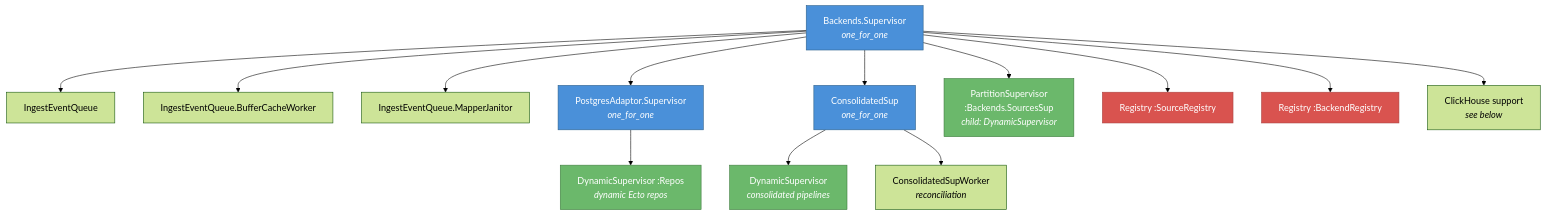
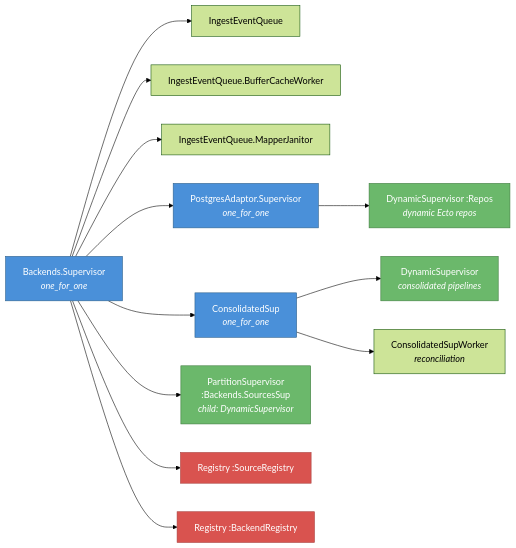
One commit to djwhitt/logflare changed the fifth of 8 diagrams in docs/runtime/index.md. Above: the diagram before and after it, drawn with Mermaid (forest theme). The commit also changed other lines of this file, not shown here.

First line of the commit message:
docs(runtime): make supervisor diagrams legible at content width

````diff
--- a/docs/runtime/index.md
+++ b/docs/runtime/index.md
@@ -106,28 +146,26 @@
 ```mermaid
-graph TD
+graph LR
     BackendsSup["Backends.Supervisor<br/><i>one_for_one</i>"]
     BackendsSup --> IEQ["IngestEventQueue"]
     BackendsSup --> BufferCache["IngestEventQueue.BufferCacheWorker"]
     BackendsSup --> MapperJanitor["IngestEventQueue.MapperJanitor"]
 
     BackendsSup --> PgSup["PostgresAdaptor.Supervisor<br/><i>one_for_one</i>"]
     PgSup --> PgRepos["DynamicSupervisor :Repos<br/><i>dynamic Ecto repos</i>"]
 
     BackendsSup --> ConsolidatedSup["ConsolidatedSup<br/><i>one_for_one</i>"]
     ConsolidatedSup --> ConsDynSup["DynamicSupervisor<br/><i>consolidated pipelines</i>"]
     ConsolidatedSup --> ConsWorker["ConsolidatedSupWorker<br/><i>reconciliation</i>"]
 
     BackendsSup --> SourcesSup["PartitionSupervisor<br/>:Backends.SourcesSup<br/><i>child: DynamicSupervisor</i>"]
     BackendsSup --> SourceRegistry["Registry :SourceRegistry"]
     BackendsSup --> BackendRegistry["Registry :BackendRegistry"]
 
-    BackendsSup --> CHGroup["ClickHouse support<br/><i>see below</i>"]
-
     classDef supervisor fill:#4a90d9,stroke:#2c5f8a,color:#fff
     classDef dynamic fill:#6bb86b,stroke:#3d7a3d,color:#fff
     classDef registry fill:#d9534f,stroke:#a94442,color:#fff
 
     class BackendsSup,PgSup,ConsolidatedSup supervisor
     class PgRepos,ConsDynSup,SourcesSup dynamic
     class SourceRegistry,BackendRegistry registry
 ```
````
